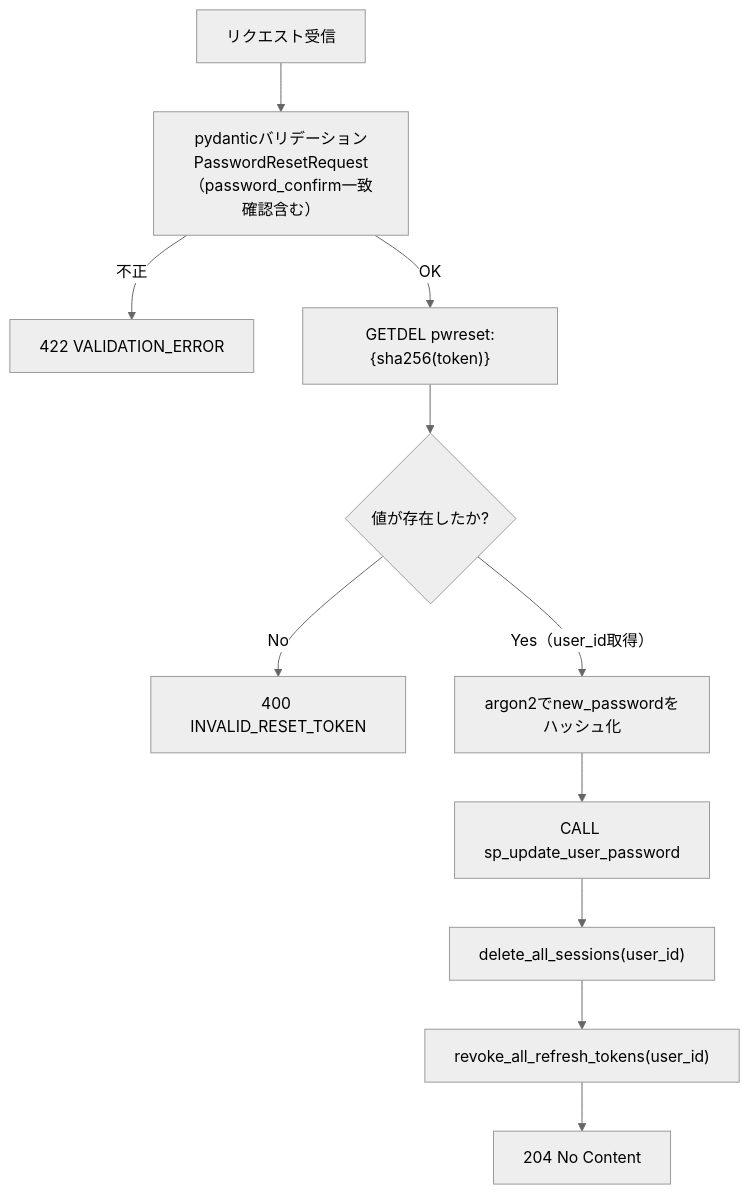
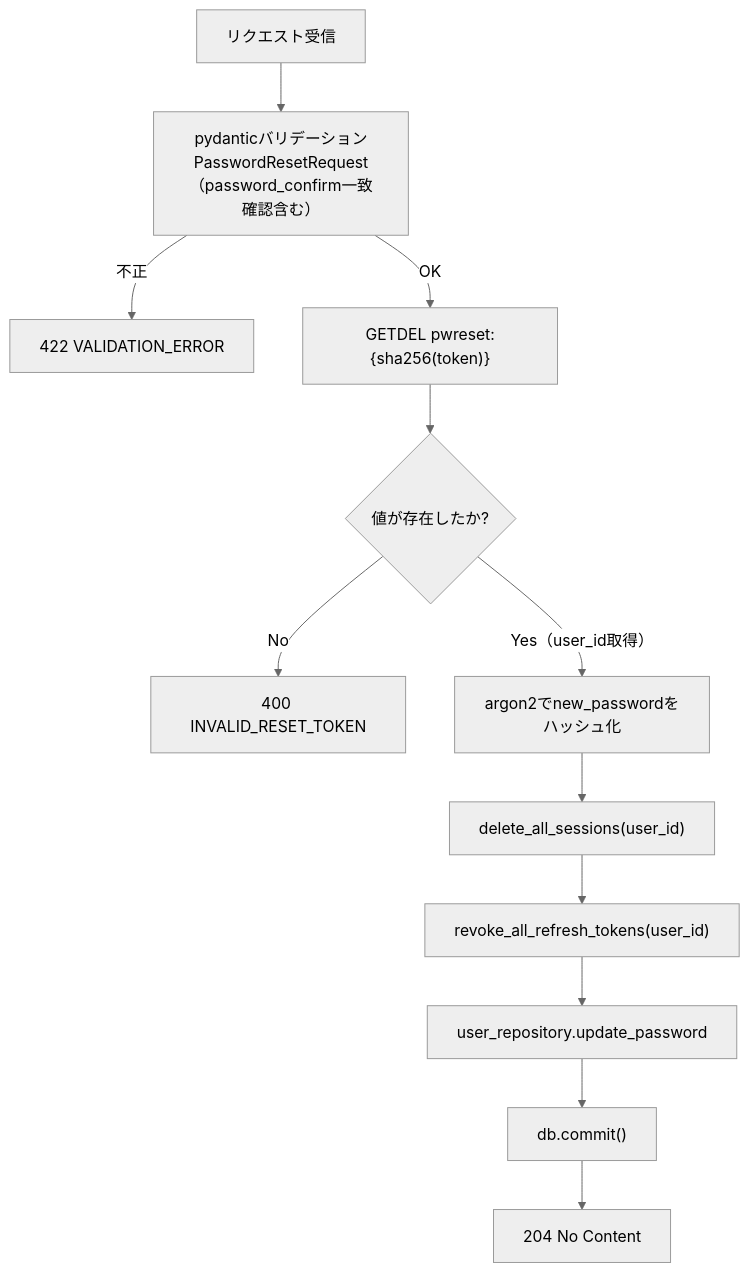
The second of 4 diagrams in docs/detailed_design/api/auth/10_post_auth_password_reset.md (oikawa-d/task_management), drawn with Mermaid (neutral theme) before and after one commit. The commit also changed other lines of this file and 2 other files, not shown here.

````diff
--- a/docs/detailed_design/api/auth/10_post_auth_password_reset.md
+++ b/docs/detailed_design/api/auth/10_post_auth_password_reset.md
@@ -124,13 +126,14 @@
 ```mermaid
 flowchart TB
     A["リクエスト受信"] --> B["pydanticバリデーション<br/>PasswordResetRequest<br/>（password_confirm一致確認含む）"]
     B -->|"不正"| E1["422 VALIDATION_ERROR"]
     B -->|"OK"| C["GETDEL pwreset:{sha256(token)}"]
     C --> D{"値が存在したか?"}
     D -->|"No"| E2["400 INVALID_RESET_TOKEN"]
     D -->|"Yes（user_id取得）"| F["argon2でnew_passwordをハッシュ化"]
-    F --> G["CALL sp_update_user_password"]
-    G --> H["delete_all_sessions(user_id)"]
-    H --> I["revoke_all_refresh_tokens(user_id)"]
-    I --> J["204 No Content"]
+    F --> G["delete_all_sessions(user_id)"]
+    G --> H["revoke_all_refresh_tokens(user_id)"]
+    H --> I["user_repository.update_password"]
+    I --> J["db.commit()"]
+    J --> K["204 No Content"]
 ```
````
